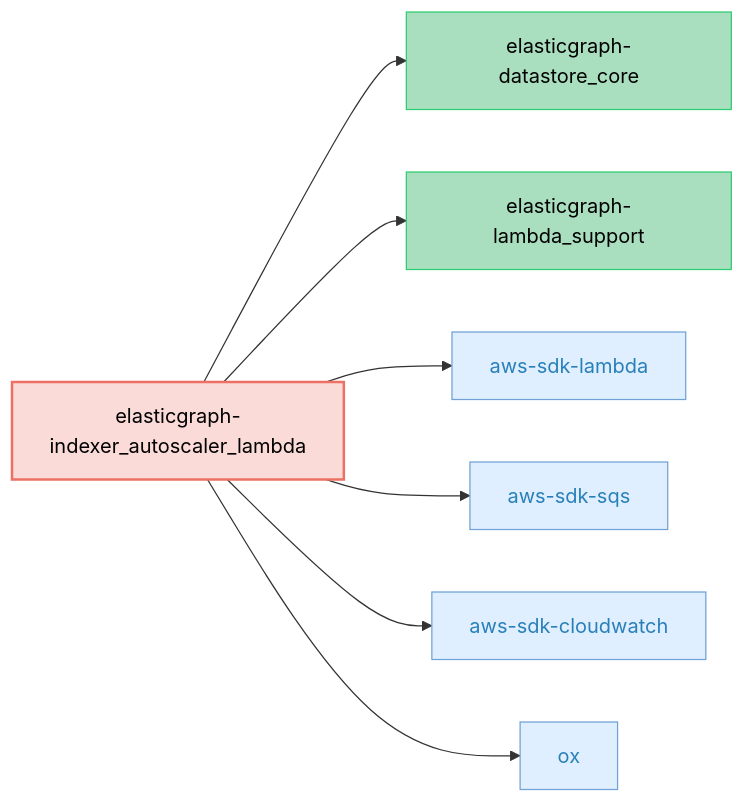
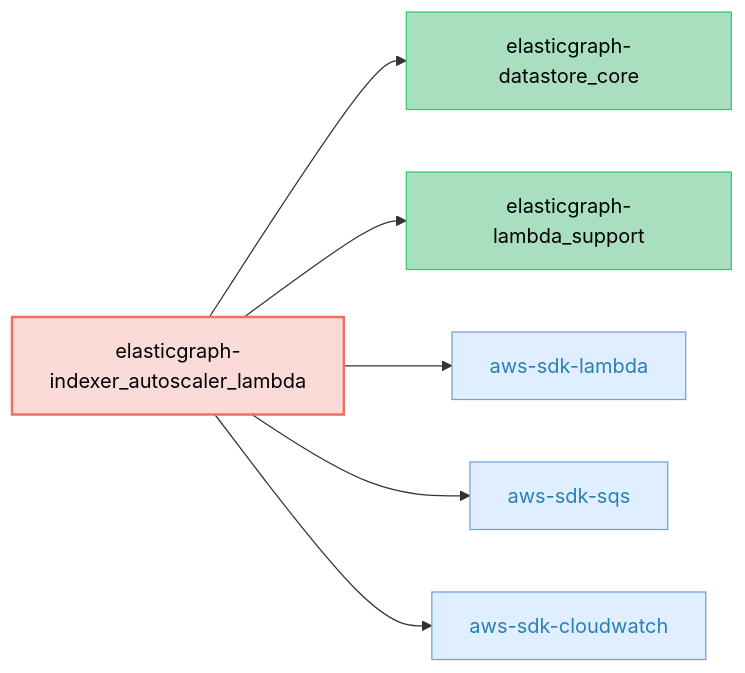
The diagram in elasticgraph-indexer_autoscaler_lambda/README.md (block/elasticgraph), drawn with Mermaid before and after one commit. The commit also changed 8 other files, not shown here.

````diff
--- a/elasticgraph-indexer_autoscaler_lambda/README.md
+++ b/elasticgraph-indexer_autoscaler_lambda/README.md
@@ -7,30 +7,26 @@
 ```mermaid
 graph LR;
     classDef targetGemStyle fill:#FADBD8,stroke:#EC7063,color:#000,stroke-width:2px;
     classDef otherEgGemStyle fill:#A9DFBF,stroke:#2ECC71,color:#000;
     classDef externalGemStyle fill:#E0EFFF,stroke:#70A1D7,color:#2980B9;
     elasticgraph-indexer_autoscaler_lambda["elasticgraph-indexer_autoscaler_lambda"];
     class elasticgraph-indexer_autoscaler_lambda targetGemStyle;
     elasticgraph-datastore_core["elasticgraph-datastore_core"];
     elasticgraph-indexer_autoscaler_lambda --> elasticgraph-datastore_core;
     class elasticgraph-datastore_core otherEgGemStyle;
     elasticgraph-lambda_support["elasticgraph-lambda_support"];
     elasticgraph-indexer_autoscaler_lambda --> elasticgraph-lambda_support;
     class elasticgraph-lambda_support otherEgGemStyle;
     aws-sdk-lambda["aws-sdk-lambda"];
     elasticgraph-indexer_autoscaler_lambda --> aws-sdk-lambda;
     class aws-sdk-lambda externalGemStyle;
     aws-sdk-sqs["aws-sdk-sqs"];
     elasticgraph-indexer_autoscaler_lambda --> aws-sdk-sqs;
     class aws-sdk-sqs externalGemStyle;
     aws-sdk-cloudwatch["aws-sdk-cloudwatch"];
     elasticgraph-indexer_autoscaler_lambda --> aws-sdk-cloudwatch;
     class aws-sdk-cloudwatch externalGemStyle;
-    ox["ox"];
-    elasticgraph-indexer_autoscaler_lambda --> ox;
-    class ox externalGemStyle;
     click aws-sdk-lambda href "https://rubygems.org/gems/aws-sdk-lambda" "Open on RubyGems.org" _blank;
     click aws-sdk-sqs href "https://rubygems.org/gems/aws-sdk-sqs" "Open on RubyGems.org" _blank;
     click aws-sdk-cloudwatch href "https://rubygems.org/gems/aws-sdk-cloudwatch" "Open on RubyGems.org" _blank;
-    click ox href "https://rubygems.org/gems/ox" "Open on RubyGems.org" _blank;
 ```
````
